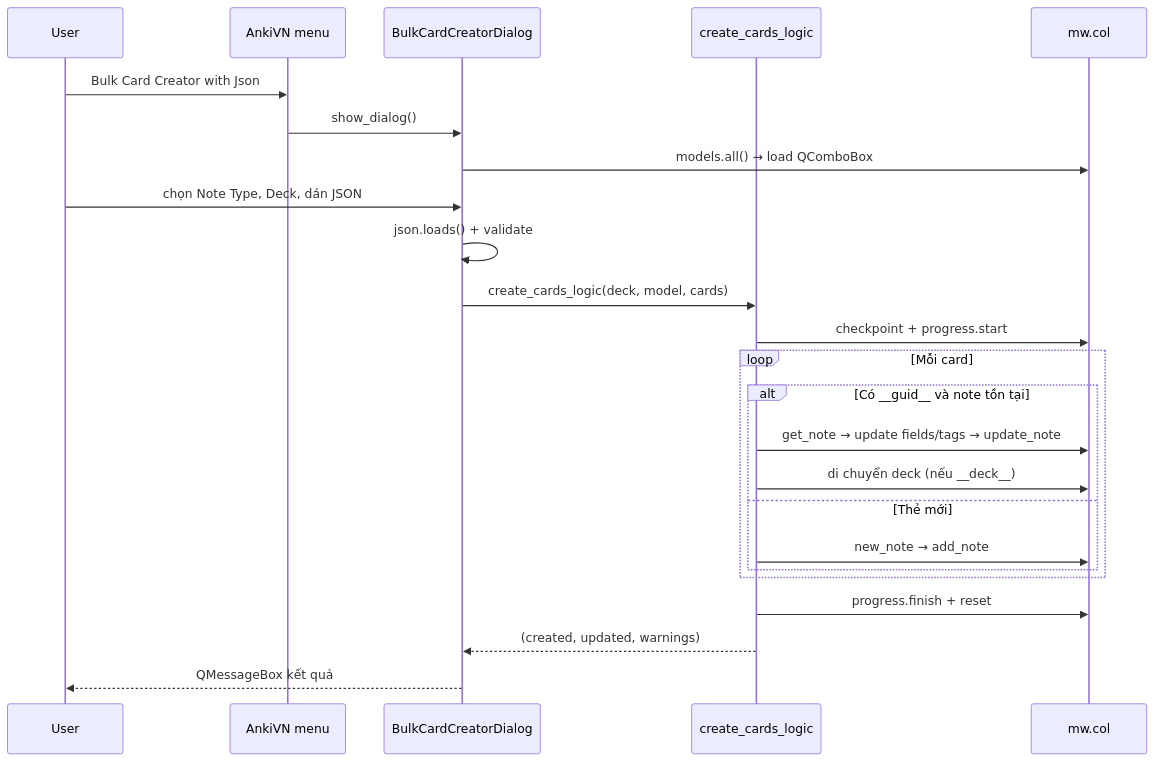
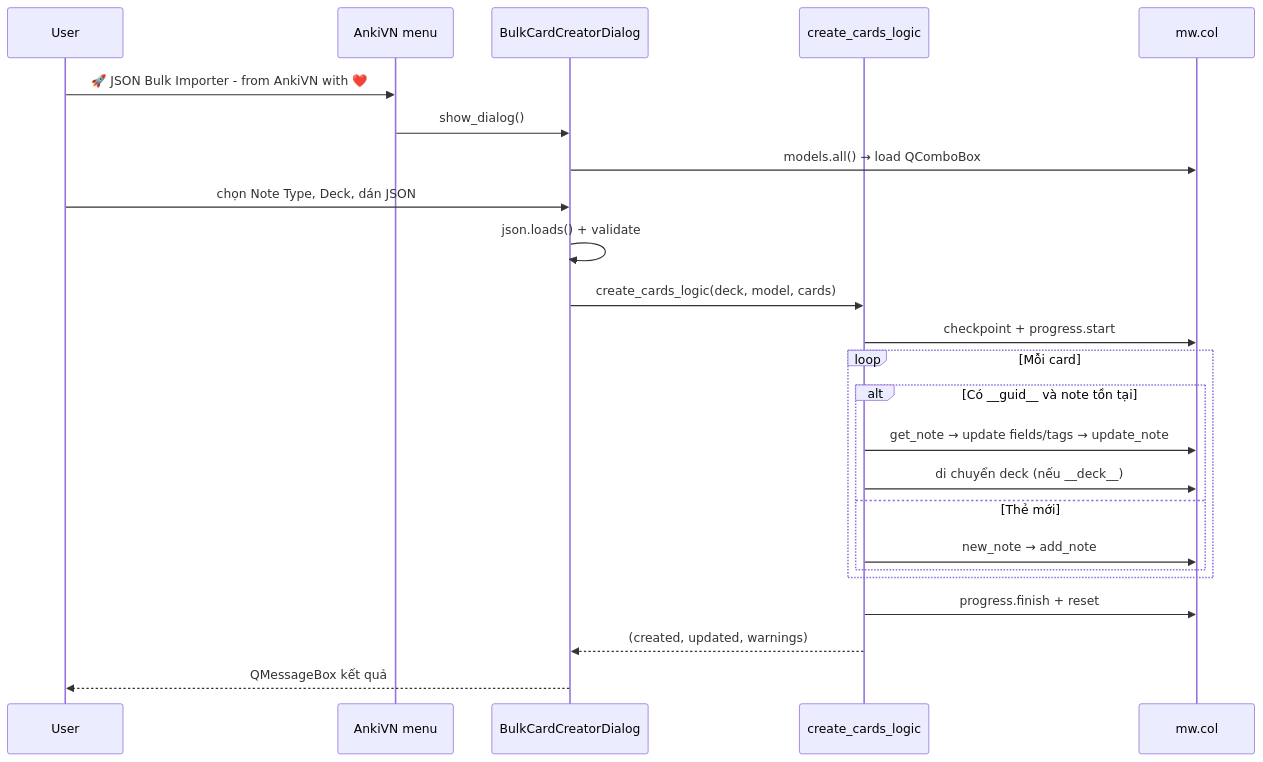
The third of 3 diagrams in docs/PROJECT_BLUEPRINT.md (lehoangphuc747/ankivn-json-bulk-importer), drawn with Mermaid before and after one commit. The commit also changed other lines of this file and 6 other files, not shown here.

````diff
--- a/docs/PROJECT_BLUEPRINT.md
+++ b/docs/PROJECT_BLUEPRINT.md
@@ -277,27 +288,27 @@
 ```mermaid
 sequenceDiagram
     participant User
     participant Menu as AnkiVN menu
     participant Dlg as BulkCardCreatorDialog
     participant Logic as create_cards_logic
     participant Col as mw.col
 
-    User->>Menu: Bulk Card Creator with Json
+    User->>Menu: 🚀 JSON Bulk Importer - from AnkiVN with ❤️
     Menu->>Dlg: show_dialog()
     Dlg->>Col: models.all() → load QComboBox
     User->>Dlg: chọn Note Type, Deck, dán JSON
     Dlg->>Dlg: json.loads() + validate
     Dlg->>Logic: create_cards_logic(deck, model, cards)
     Logic->>Col: checkpoint + progress.start
     loop Mỗi card
         alt Có __guid__ và note tồn tại
             Logic->>Col: get_note → update fields/tags → update_note
             Logic->>Col: di chuyển deck (nếu __deck__)
         else Thẻ mới
             Logic->>Col: new_note → add_note
         end
     end
     Logic->>Col: progress.finish + reset
     Logic-->>Dlg: (created, updated, warnings)
     Dlg-->>User: QMessageBox kết quả
 ```
````
